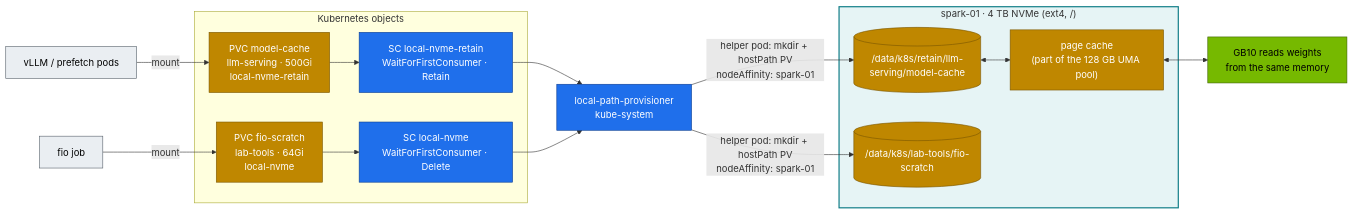
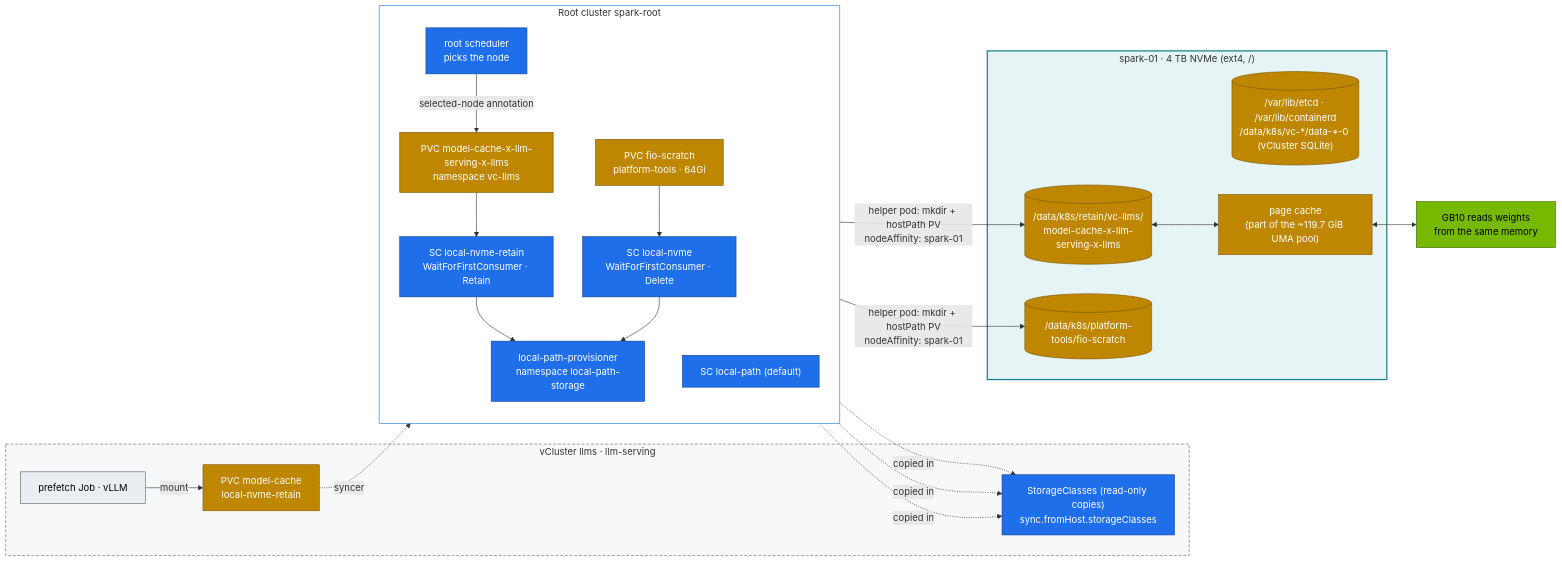
The diagram in 02 Kubernetes/11-storage-csi-and-high-performance-volumes.md (cloudone365/technical-depth), drawn with Mermaid before and after one commit. The commit also changed other lines of this file and 53 other files, not shown here.

First line of the commit message:
Rewrite 01 Ansible and 02 Kubernetes volumes for the kubeadm root + two vClusters

````diff
--- a/02 Kubernetes/11-storage-csi-and-high-performance-volumes.md
+++ b/02 Kubernetes/11-storage-csi-and-high-performance-volumes.md
@@ -27,31 +29,44 @@
 ```mermaid
 flowchart LR
-  subgraph K8S["Kubernetes objects"]
-    PVC1["PVC model-cache<br/>llm-serving · 500Gi<br/>local-nvme-retain"]
-    PVC2["PVC fio-scratch<br/>lab-tools · 64Gi<br/>local-nvme"]
+  subgraph LLMS["vCluster llms · llm-serving"]
+    PVCV["PVC model-cache<br/>local-nvme-retain"]
+    PODV["prefetch Job · vLLM"]
+    SCV["StorageClasses (read-only copies)<br/>sync.fromHost.storageClasses"]
+  end
+  subgraph ROOT["Root cluster spark-root"]
+    direction TB
     SC1["SC local-nvme-retain<br/>WaitForFirstConsumer · Retain"]
     SC2["SC local-nvme<br/>WaitForFirstConsumer · Delete"]
+    SC0["SC local-path (default)"]
+    PVCR["PVC model-cache-x-llm-serving-x-llms<br/>namespace vc-llms"]
+    PVC2["PVC fio-scratch<br/>platform-tools · 64Gi"]
+    SCHED["root scheduler<br/>picks the node"]
+    PROV["local-path-provisioner<br/>namespace local-path-storage"]
   end
-  PROV["local-path-provisioner<br/>kube-system"]
   subgraph HOST["spark-01 · 4 TB NVMe (ext4, /)"]
-    D1[("/data/k8s/retain/llm-serving/model-cache")]
-    D2[("/data/k8s/lab-tools/fio-scratch")]
-    PC["page cache<br/>(part of the 128 GB UMA pool)"]
+    D1[("/data/k8s/retain/vc-llms/<br/>model-cache-x-llm-serving-x-llms")]
+    D2[("/data/k8s/platform-tools/fio-scratch")]
+    D3[("/var/lib/etcd · /var/lib/containerd<br/>/data/k8s/vc-*/data-*-0 (vCluster SQLite)")]
+    PC["page cache<br/>(part of the ~119.7 GiB UMA pool)"]
   end
-  POD1["vLLM / prefetch pods"] -->|mount| PVC1
-  POD2["fio job"] -->|mount| PVC2
-  PVC1 --> SC1 --> PROV
+  SC1 & SC2 & SC0 -. "copied in" .-> SCV
+  PODV -->|mount| PVCV
+  PVCV -. "syncer" .-> PVCR
+  PVCR --> SC1 --> PROV
   PVC2 --> SC2 --> PROV
+  SCHED -->|"selected-node annotation"| PVCR
   PROV -->|"helper pod: mkdir + hostPath PV<br/>nodeAffinity: spark-01"| D1 & D2
   D1 <--> PC
   PC <--> GPU["GB10 reads weights<br/>from the same memory"]
   classDef store fill:#bf8700,stroke:#7a5600,color:#fff
   classDef ctrl fill:#1f6feb,stroke:#0b3d91,color:#fff
   classDef gpu fill:#76b900,stroke:#3d6000,color:#000
   classDef tenant fill:#eaeef2,stroke:#57606a,color:#000
-  class PVC1,PVC2,D1,D2,PC store
-  class SC1,SC2,PROV ctrl
+  class PVCV,PVCR,PVC2,D1,D2,D3,PC store
+  class SC0,SC1,SC2,SCV,PROV,SCHED ctrl
   class GPU gpu
-  class POD1,POD2 tenant
+  class PODV tenant
   style HOST fill:#e6f4f5,stroke:#0e7c86,stroke-width:2px
+  style ROOT fill:#ffffff,stroke:#1f6feb
+  style LLMS fill:#f6f8fa,stroke:#57606a,stroke-dasharray:5 3
 ```
````
